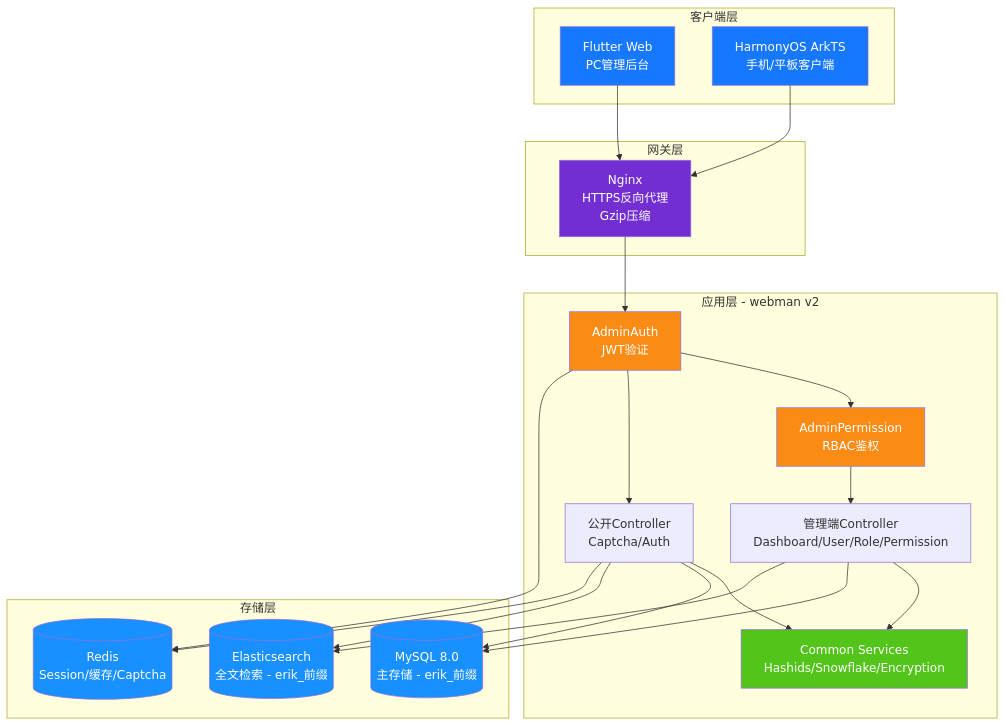
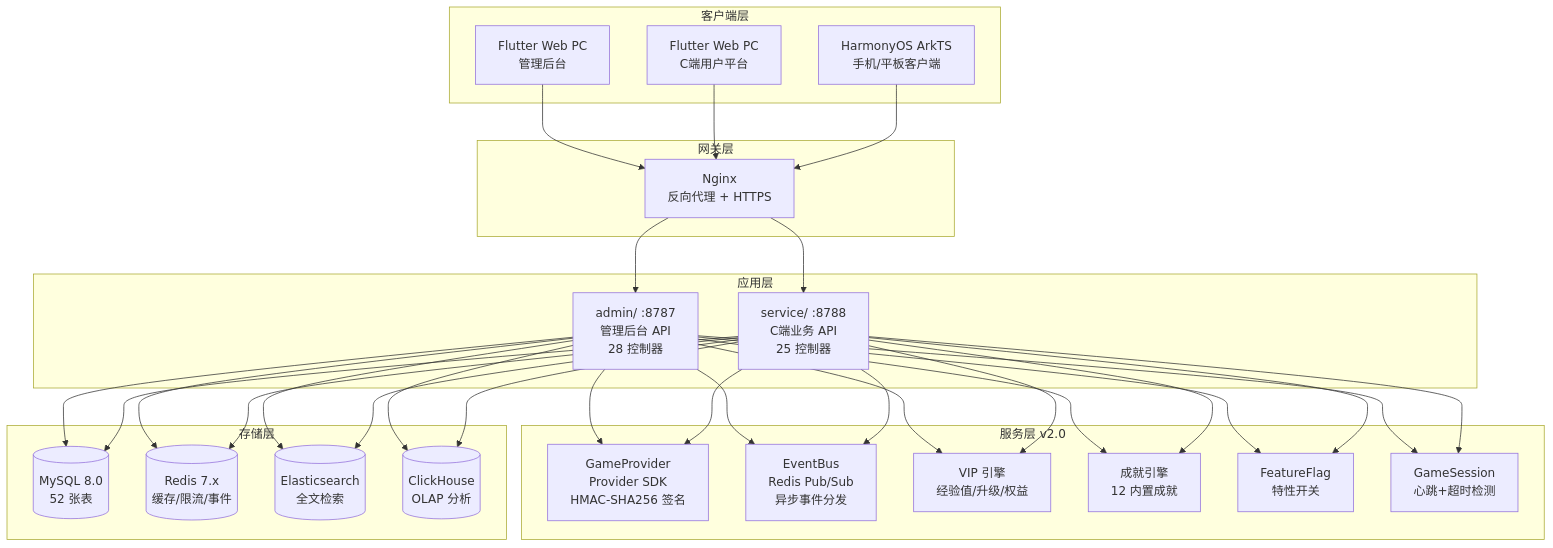
Before and after one commit to erikwang2013/game-platform-php: the diagram in admin/docs/diagrams/01-system-architecture.md, drawn with Mermaid. The commit also changed other lines of this file and 21 other files, not shown here.

````diff
--- a/admin/docs/diagrams/01-system-architecture.md
+++ b/admin/docs/diagrams/01-system-architecture.md
@@ -3,50 +3,38 @@
 ```mermaid
 flowchart TB
-    subgraph clients["客户端层"]
-        flutter["Flutter Web<br/>PC管理后台"]
-        harmony["HarmonyOS ArkTS<br/>手机/平板客户端"]
+    subgraph "客户端层"
+        A1["Flutter Web PC<br/>管理后台"]
+        A2["Flutter Web PC<br/>C端用户平台"]
+        A3["HarmonyOS ArkTS<br/>手机/平板客户端"]
     end
 
-    subgraph gateway["网关层"]
-        nginx["Nginx<br/>HTTPS反向代理<br/>Gzip压缩"]
+    subgraph "网关层"
+        B1["Nginx<br/>反向代理 + HTTPS"]
     end
 
-    subgraph app["应用层 - webman v2"]
-        auth["AdminAuth<br/>JWT验证"]
-        perm["AdminPermission<br/>RBAC鉴权"]
-        admin["管理端Controller<br/>Dashboard/User/Role/Permission"]
-        public["公开Controller<br/>Captcha/Auth"]
-        common["Common Services<br/>Hashids/Snowflake/Encryption"]
+    subgraph "应用层"
+        C1["admin/ :8787<br/>管理后台 API<br/>28 控制器"]
+        C2["service/ :8788<br/>C端业务 API<br/>25 控制器"]
     end
 
-    subgraph storage["存储层"]
-        mysql[("MySQL 8.0<br/>主存储 - erik_前缀")]
-        es[("Elasticsearch<br/>全文检索 - erik_前缀")]
-        redis[("Redis<br/>Session/缓存/Captcha")]
+    subgraph "服务层 v2.0"
+        D1["GameProvider<br/>Provider SDK<br/>HMAC-SHA256 签名"]
+        D2["EventBus<br/>Redis Pub/Sub<br/>异步事件分发"]
+        D3["VIP 引擎<br/>经验值/升级/权益"]
+        D4["成就引擎<br/>12 内置成就"]
+        D5["FeatureFlag<br/>特性开关"]
+        D6["GameSession<br/>心跳+超时检测"]
     end
 
-    flutter --> nginx
-    harmony --> nginx
-    nginx --> auth
-    auth --> perm
-    perm --> admin
-    auth --> public
-    admin --> common
-    public --> common
-    admin --> mysql
-    public --> mysql
-    admin --> es
-    public --> es
-    auth --> redis
-    public --> redis
+    subgraph "存储层"
+        E1[("MySQL 8.0<br/>52 张表")]
+        E2[("Redis 7.x<br/>缓存/限流/事件")]
+        E3[("Elasticsearch<br/>全文检索")]
+        E4[("ClickHouse<br/>OLAP 分析")]
+    end
 
-    style flutter fill:#1677FF,color:#fff
-    style harmony fill:#1677FF,color:#fff
-    style nginx fill:#722ED1,color:#fff
-    style auth fill:#FA8C16,color:#fff
-    style perm fill:#FA8C16,color:#fff
-    style common fill:#52C41A,color:#fff
-    style mysql fill:#1890FF,color:#fff
-    style es fill:#1890FF,color:#fff
-    style redis fill:#1890FF,color:#fff
+    A1 & A2 & A3 --> B1
+    B1 --> C1 & C2
+    C1 & C2 --> D1 & D2 & D3 & D4 & D5 & D6
+    C1 & C2 --> E1 & E2 & E3 & E4
 ```
````
